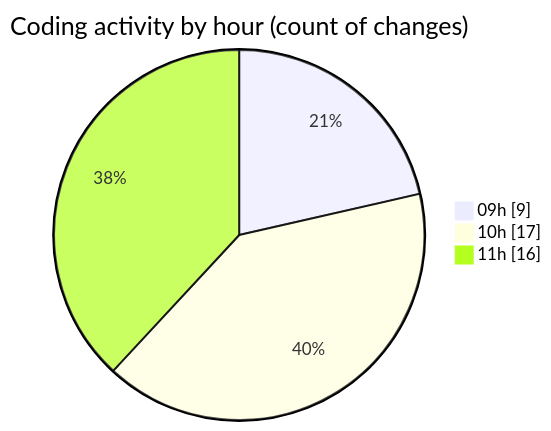
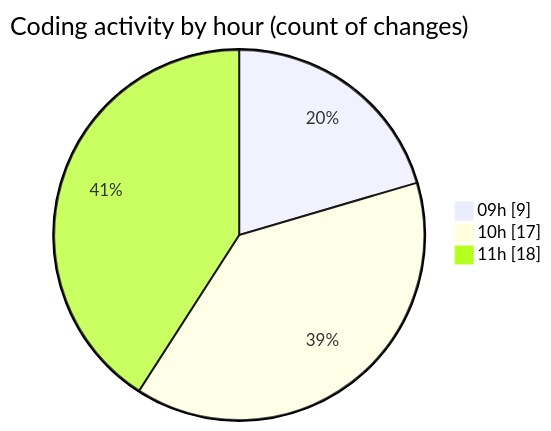
The second of 2 diagrams in 2025-05-08/cda/README.md (momahboobian/code-tracking), drawn with Mermaid before and after one commit. The commit also changed other lines of this file and 1 other file, not shown here.

````diff
--- a/2025-05-08/cda/README.md
+++ b/2025-05-08/cda/README.md
@@ -48,7 +48,7 @@
 ```mermaid
 pie showData
 title Coding activity by hour (count of changes)
 "09h" : 9
 "10h" : 17
-"11h" : 16
+"11h" : 18
 ```
````
